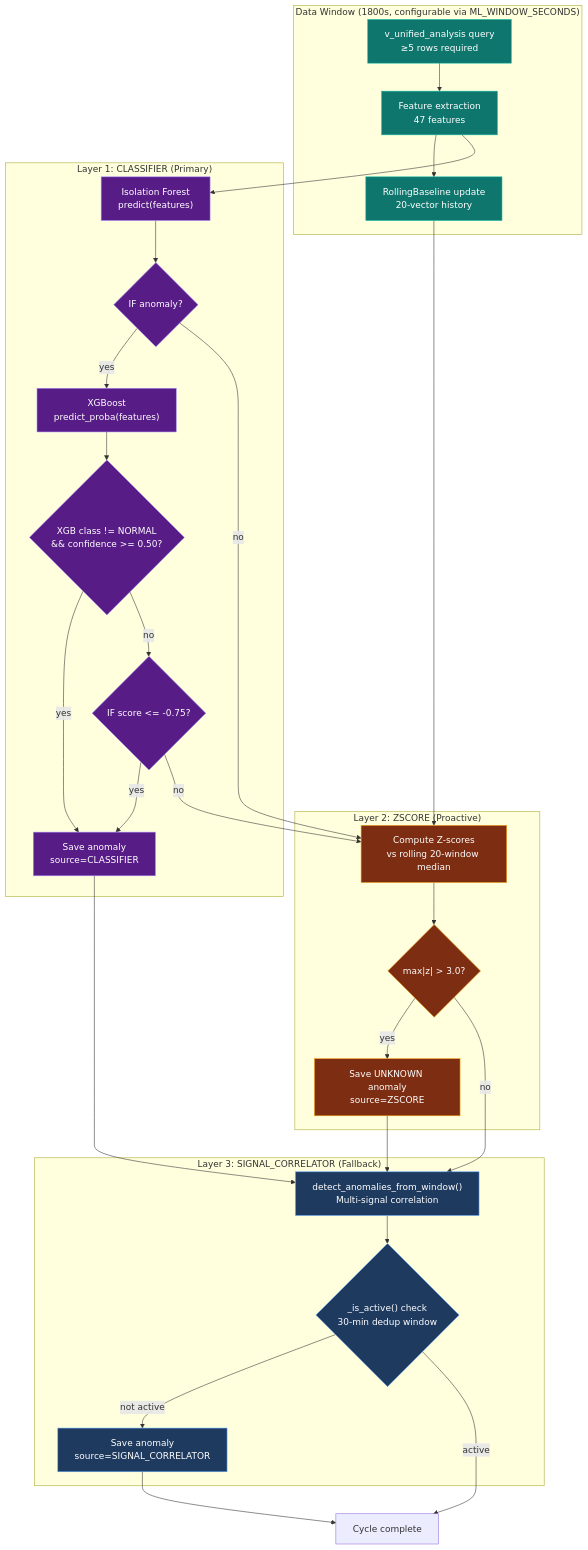
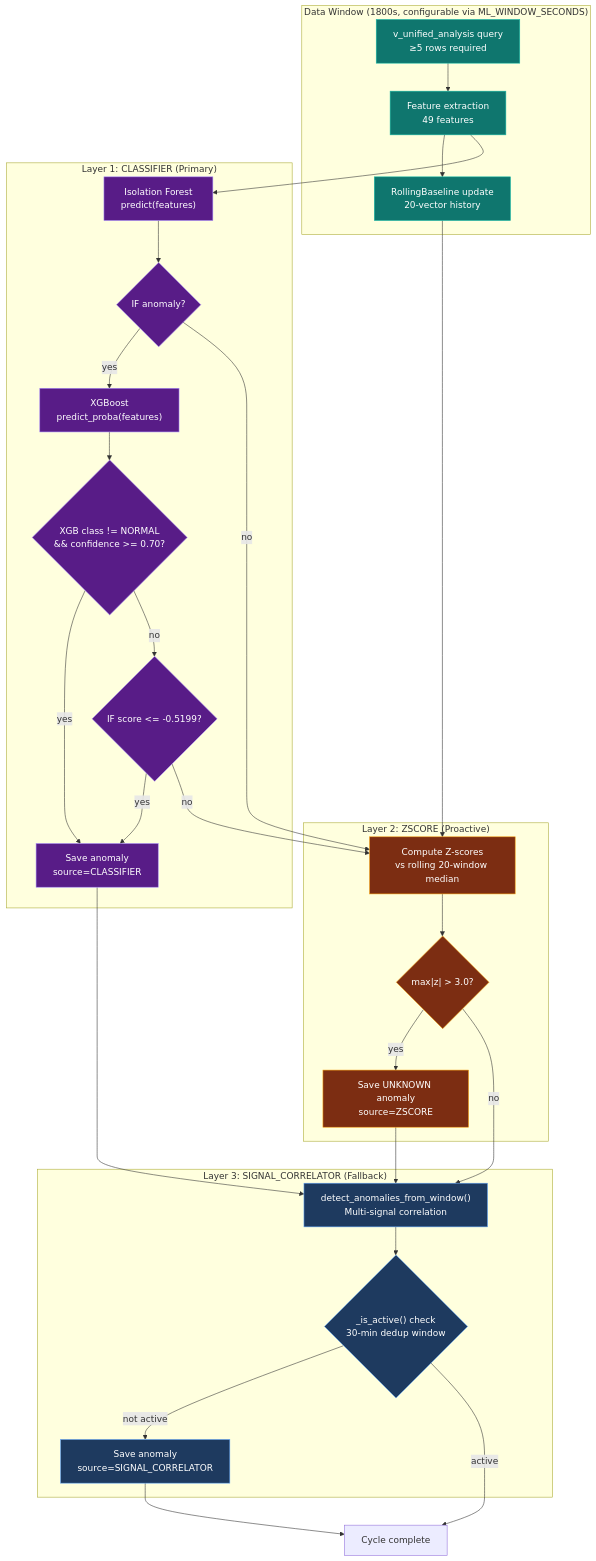
The sixth of 10 diagrams in README.md (AhmedIkram05/laad), drawn with Mermaid before and after one commit. The commit also changed other lines of this file, not shown here.

Commit message:
Implement feature X to enhance user experience and fix bug Y in module Z

````diff
--- a/README.md
+++ b/README.md
@@ -691,60 +694,60 @@
 ```mermaid
 flowchart TD
   subgraph Window ["Data Window (1800s, configurable via ML_WINDOW_SECONDS)"]
     Q["v_unified_analysis query\n≥5 rows required"]
-    FE["Feature extraction\n47 features"]
+    FE["Feature extraction\n49 features"]
     BU["RollingBaseline update\n20-vector history"]
   end
 
   subgraph Layer1 ["Layer 1: CLASSIFIER (Primary)"]
     IF["Isolation Forest\npredict(features)"]
     IF_ANOM{"IF anomaly?"}
     XGB["XGBoost\npredict_proba(features)"]
-    KNOWN{"XGB class != NORMAL\n&& confidence >= 0.50?"}
-    UNKNOWN{"IF score <= -0.75?"}
+    KNOWN{"XGB class != NORMAL\n&& confidence >= 0.70?"}
+    UNKNOWN{"IF score <= -0.5199?"}
     SAVE1["Save anomaly\nsource=CLASSIFIER"]
   end
 
   subgraph Layer2 ["Layer 2: ZSCORE (Proactive)"]
     ZR["Compute Z-scores\nvs rolling 20-window median"]
     MAXZ{"max|z| > 3.0?"}
     SAVE2["Save UNKNOWN anomaly\nsource=ZSCORE"]
   end
 
   subgraph Layer3 ["Layer 3: SIGNAL_CORRELATOR (Fallback)"]
     HEUR["detect_anomalies_from_window()\nMulti-signal correlation"]
     DEDUP{"_is_active() check\n30-min dedup window"}
     SAVE3["Save anomaly\nsource=SIGNAL_CORRELATOR"]
   end
 
   Q --> FE --> BU
   FE --> IF
   IF --> IF_ANOM
   IF_ANOM -->|"yes"| XGB
   IF_ANOM -->|"no"| ZR
   XGB --> KNOWN
   KNOWN -->|"yes"| SAVE1
   KNOWN -->|"no"| UNKNOWN
   UNKNOWN -->|"yes"| SAVE1
   UNKNOWN -->|"no"| ZR
   BU --> ZR
   ZR --> MAXZ
   MAXZ -->|"yes"| SAVE2
   MAXZ -->|"no"| HEUR
   SAVE1 --> HEUR
   SAVE2 --> HEUR
   HEUR --> DEDUP
   DEDUP -->|"not active"| SAVE3
   DEDUP -->|"active"| END["Cycle complete"]
   SAVE3 --> END
 
   classDef window fill:#0f766e,stroke:#14b8a6,color:#ffffff;
   classDef l1 fill:#581c87,stroke:#a78bfa,color:#ffffff;
   classDef l2 fill:#7c2d12,stroke:#f59e0b,color:#ffffff;
   classDef l3 fill:#1e3a5f,stroke:#60a5fa,color:#ffffff;
 
   class Q,FE,BU window;
   class IF,IF_ANOM,XGB,KNOWN,UNKNOWN,SAVE1 l1;
   class ZR,MAXZ,SAVE2 l2;
   class HEUR,DEDUP,SAVE3 l3;
 ```
````
